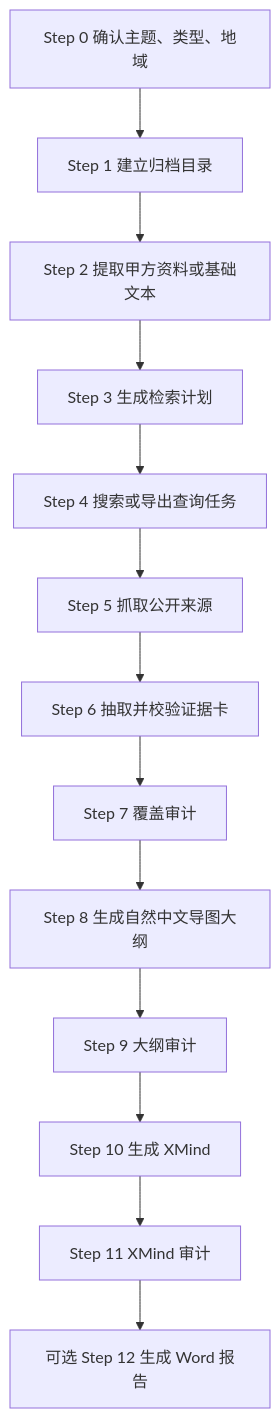
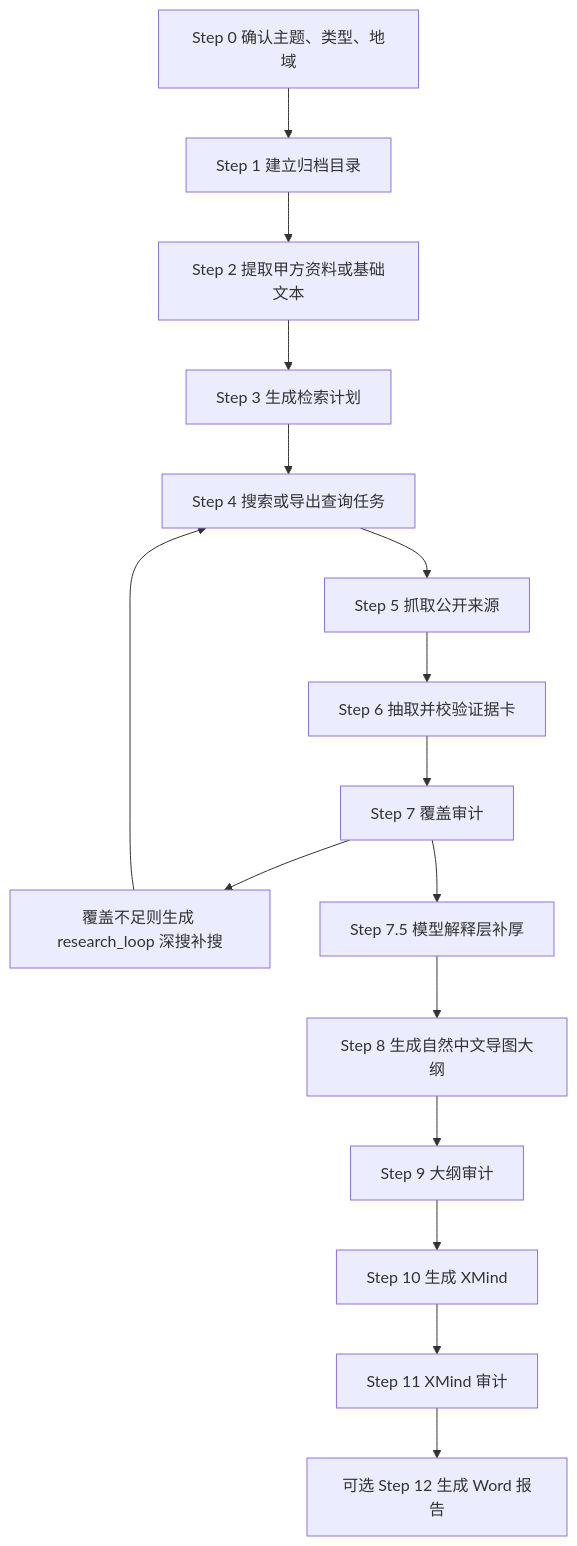
One commit to sunzhaokai95/curation-research-skill changed the diagram in README.md. Above: the diagram before and after it, drawn with Mermaid. The commit also changed other lines of this file and 6 other files, not shown here.

````diff
--- a/README.md
+++ b/README.md
@@ -36,15 +38,18 @@
 ```mermaid
 flowchart TD
   A["Step 0 确认主题、类型、地域"] --> B["Step 1 建立归档目录"]
   B --> C["Step 2 提取甲方资料或基础文本"]
   C --> D["Step 3 生成检索计划"]
   D --> E["Step 4 搜索或导出查询任务"]
   E --> F["Step 5 抓取公开来源"]
   F --> G["Step 6 抽取并校验证据卡"]
   G --> H["Step 7 覆盖审计"]
-  H --> I["Step 8 生成自然中文导图大纲"]
-  I --> J["Step 9 大纲审计"]
-  J --> K["Step 10 生成 XMind"]
-  K --> L["Step 11 XMind 审计"]
-  L --> M["可选 Step 12 生成 Word 报告"]
+  H --> N["覆盖不足则生成 research_loop 深搜补搜"]
+  N --> E
+  H --> I["Step 7.5 模型解释层补厚"]
+  I --> J["Step 8 生成自然中文导图大纲"]
+  J --> K["Step 9 大纲审计"]
+  K --> L["Step 10 生成 XMind"]
+  L --> M["Step 11 XMind 审计"]
+  M --> O["可选 Step 12 生成 Word 报告"]
 ```
````
